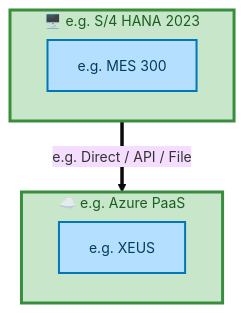
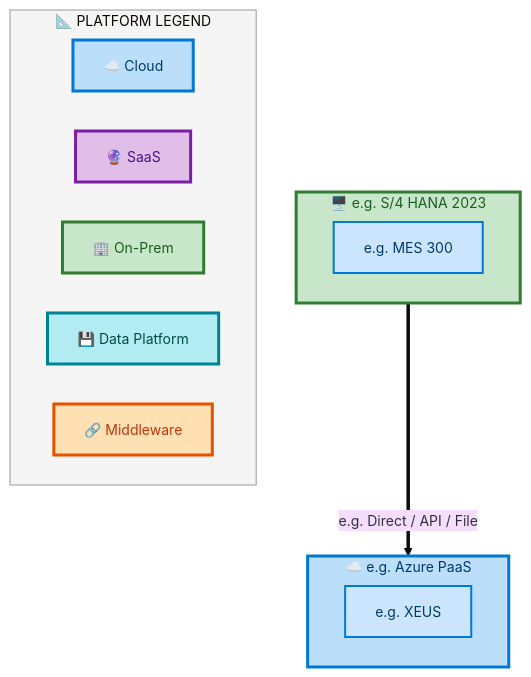
One commit to sajivfrancis777/IAO-Architecture changed the sixth of 7 diagrams in towers/E2E/Master Data/E2E-89/output/docs/systems-architecture/E2E-89-Architecture.md. Above: the diagram before and after it, drawn with Mermaid. The commit also changed other lines of this file and 394 other files, not shown here.

First line of the commit message:
feat: structured layer ordering for Mermaid architecture diagrams

````diff
--- a/towers/E2E/Master Data/E2E-89/output/docs/systems-architecture/E2E-89-Architecture.md
+++ b/towers/E2E/Master Data/E2E-89/output/docs/systems-architecture/E2E-89-Architecture.md
@@ -663,22 +679,36 @@
 ```mermaid
 %%{init: {"theme": "base", "securityLevel": "loose", "themeVariables": {"fontSize": "14px", "fontFamily": "Segoe UI, Arial"}, "flowchart": {"useMaxWidth": false, "htmlLabels": true, "nodeSpacing": 40, "rankSpacing": 50}} }%%
 flowchart TB
-    classDef appBox fill:#B5DFFF,stroke:#0077B6,stroke-width:2px,color:#003D5B
-    classDef platBox fill:#C8E6C9,stroke:#388E3C,stroke-width:3px,color:#1B5E20
-    classDef eolBox fill:#FFB5B5,stroke:#CC0000,stroke-width:2px,color:#660000
+    classDef appBox fill:#CCE5FF,stroke:#0078D4,stroke-width:2px,color:#003A6C
+    classDef platBox fill:#C8E6C9,stroke:#2E7D32,stroke-width:3px,color:#1B5E20
+    classDef eolBox fill:#FFCDD2,stroke:#C62828,stroke-width:2px,color:#B71C1C
 
     subgraph E2E89CPLP_e_g_Azure_PaaS["☁️ e.g. Azure PaaS"]
         direction LR
         E2E89CPLA_e_g_XEUS["e.g. XEUS"]:::appBox
     end
-    style E2E89CPLP_e_g_Azure_PaaS fill:#C8E6C9,stroke:#388E3C,stroke-width:3px,color:#1B5E20
+    style E2E89CPLP_e_g_Azure_PaaS fill:#BBDEFB,stroke:#0078D4,stroke-width:3px,color:#003A6C
 
     subgraph E2E89CPLP_e_g_S_4_HANA_2023["🖥️ e.g. S/4 HANA 2023"]
         direction LR
         E2E89CPLA_e_g_MES_300["e.g. MES 300"]:::appBox
     end
-    style E2E89CPLP_e_g_S_4_HANA_2023 fill:#C8E6C9,stroke:#388E3C,stroke-width:3px,color:#1B5E20
+    style E2E89CPLP_e_g_S_4_HANA_2023 fill:#C8E6C9,stroke:#2E7D32,stroke-width:3px,color:#1B5E20
 
     E2E89CPLP_e_g_S_4_HANA_2023 ==>|"e.g. Direct / API / File"| E2E89CPLP_e_g_Azure_PaaS
 
+    subgraph E2E89CPLLegend["📐 PLATFORM LEGEND"]
+        direction LR
+        E2E89CPLLC["☁️ Cloud"]
+        E2E89CPLLS["🔮 SaaS"]
+        E2E89CPLLO["🏢 On-Prem"]
+        E2E89CPLLD["💾 Data Platform"]
+        E2E89CPLLM["🔗 Middleware"]
+    end
+    style E2E89CPLLegend fill:#F5F5F5,stroke:#999,stroke-width:1px
+    style E2E89CPLLC fill:#BBDEFB,stroke:#0078D4,stroke-width:3px,color:#003A6C
+    style E2E89CPLLS fill:#E1BEE7,stroke:#7B1FA2,stroke-width:3px,color:#4A148C
+    style E2E89CPLLO fill:#C8E6C9,stroke:#2E7D32,stroke-width:3px,color:#1B5E20
+    style E2E89CPLLD fill:#B2EBF2,stroke:#00838F,stroke-width:3px,color:#004D40
+    style E2E89CPLLM fill:#FFE0B2,stroke:#E65100,stroke-width:3px,color:#BF360C
 ```
````
